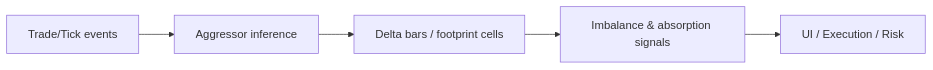
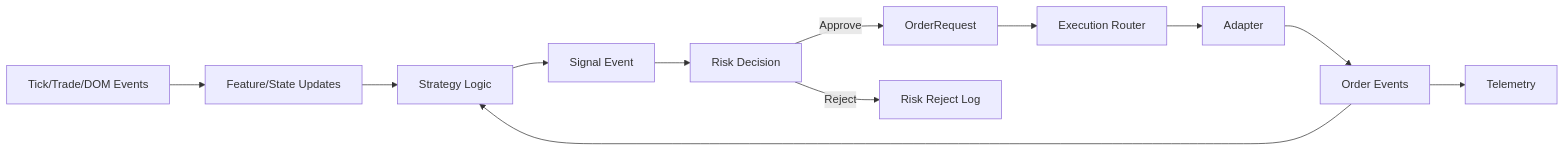
One commit to codestash-spec/tape-reading-app changed the third of 6 diagrams in DIAGRAMS.md. Above: the diagram before and after it, drawn with Mermaid. The commit also changed other lines of this file and 12 other files, not shown here.

````diff
--- a/DIAGRAMS.md
+++ b/DIAGRAMS.md
@@ -54,7 +59,14 @@
 ```mermaid
 flowchart LR
-    Trades[Trade/Tick events] --> Agg[Aggressor inference]
-    Agg --> Bars[Delta bars / footprint cells]
-    Bars --> Signals[Imbalance & absorption signals]
-    Signals --> Consumers[UI / Execution / Risk]
+    Tick[Tick/Trade/DOM Events] --> Feat[Feature/State Updates]
+    Feat --> Strat[Strategy Logic]
+    Strat --> Signal[Signal Event]
+    Signal --> Risk[Risk Decision]
+    Risk -->|Approve| Order[OrderRequest]
+    Risk -->|Reject| LogR[Risk Reject Log]
+    Order --> Exec[Execution Router]
+    Exec --> Adapter[Adapter]
+    Adapter --> Fills[Order Events]
+    Fills --> Strat
+    Fills --> Telemetry
 ```
````
